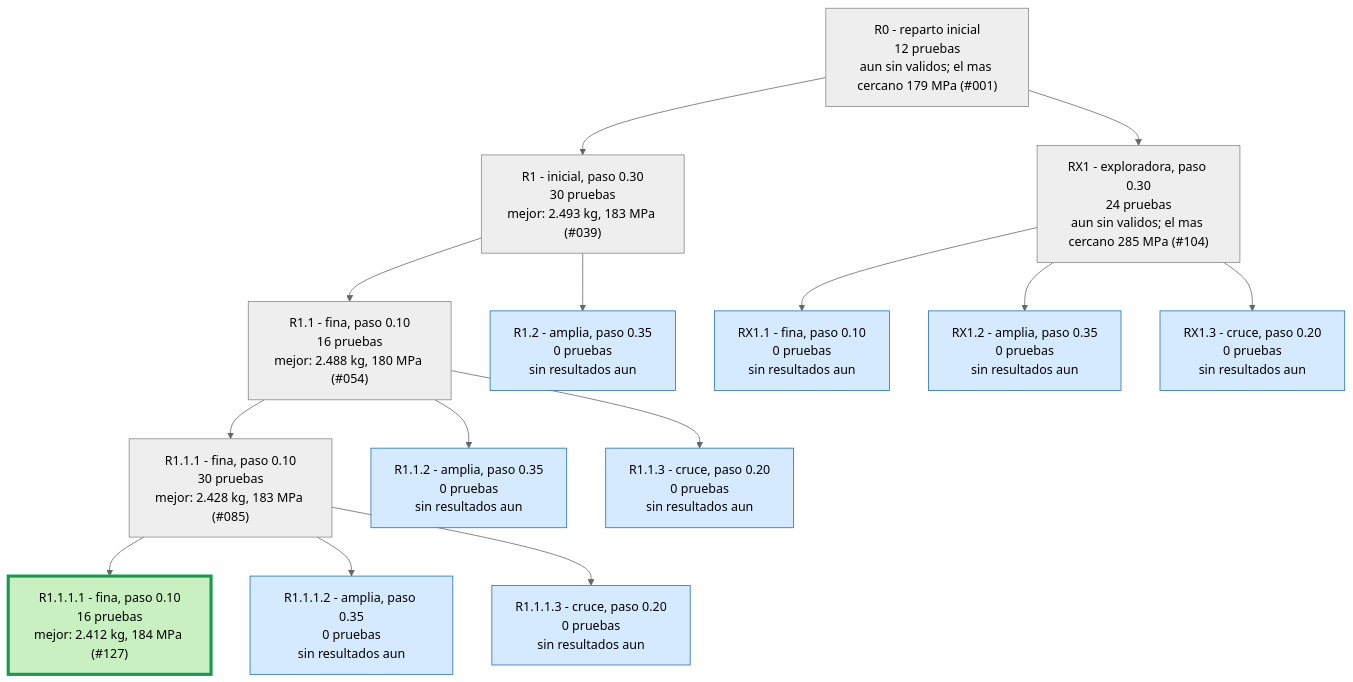
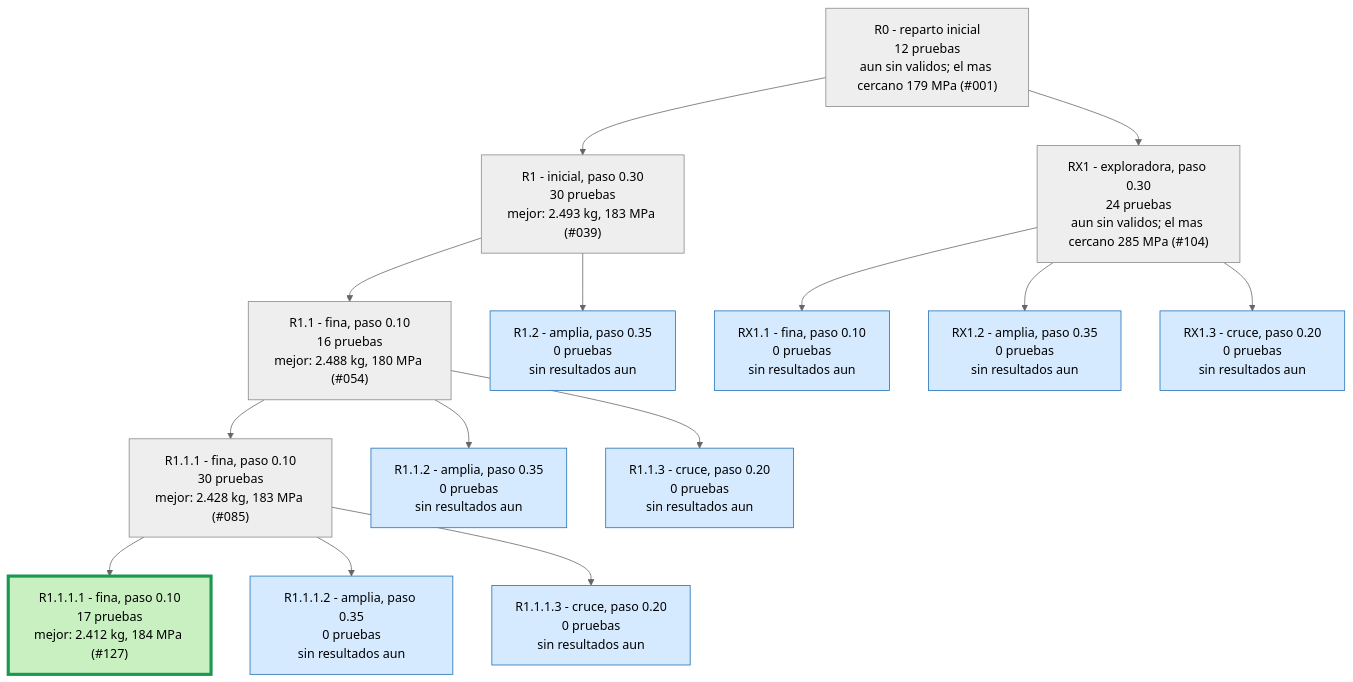
One commit to Hugiko/msd-soporte-optimizacion changed the second of 3 diagrams in runs/opt_37800N/ARBOL.md. Above: the diagram before and after it, drawn with Mermaid (neutral theme). The commit also changed 22 other files, not shown here.

````diff
--- a/runs/opt_37800N/ARBOL.md
+++ b/runs/opt_37800N/ARBOL.md
@@ -29,33 +29,33 @@
 ```mermaid
 graph TD
 classDef activa fill:#d6eaff,stroke:#1f6fb5,color:#000
 classDef fin fill:#eeeeee,stroke:#888,color:#000
 classDef mejor fill:#c8f0c0,stroke:#1a9850,stroke-width:4px,color:#000
 R0["R0 - reparto inicial<br/>12 pruebas<br/>aun sin validos; el mas cercano 179 MPa (#001)"]:::fin
 R1["R1 - inicial, paso 0.30<br/>30 pruebas<br/>mejor: 2.493 kg, 183 MPa (#039)"]:::fin
 R0 --> R1
 R1_1["R1.1 - fina, paso 0.10<br/>16 pruebas<br/>mejor: 2.488 kg, 180 MPa (#054)"]:::fin
 R1 --> R1_1
 R1_2["R1.2 - amplia, paso 0.35<br/>0 pruebas<br/>sin resultados aun"]:::activa
 R1 --> R1_2
 R1_1_1["R1.1.1 - fina, paso 0.10<br/>30 pruebas<br/>mejor: 2.428 kg, 183 MPa (#085)"]:::fin
 R1_1 --> R1_1_1
 R1_1_2["R1.1.2 - amplia, paso 0.35<br/>0 pruebas<br/>sin resultados aun"]:::activa
 R1_1 --> R1_1_2
 R1_1_3["R1.1.3 - cruce, paso 0.20<br/>0 pruebas<br/>sin resultados aun"]:::activa
 R1_1 --> R1_1_3
-R1_1_1_1["R1.1.1.1 - fina, paso 0.10<br/>16 pruebas<br/>mejor: 2.412 kg, 184 MPa (#127)"]:::mejor
+R1_1_1_1["R1.1.1.1 - fina, paso 0.10<br/>17 pruebas<br/>mejor: 2.412 kg, 184 MPa (#127)"]:::mejor
 R1_1_1 --> R1_1_1_1
 R1_1_1_2["R1.1.1.2 - amplia, paso 0.35<br/>0 pruebas<br/>sin resultados aun"]:::activa
 R1_1_1 --> R1_1_1_2
 R1_1_1_3["R1.1.1.3 - cruce, paso 0.20<br/>0 pruebas<br/>sin resultados aun"]:::activa
 R1_1_1 --> R1_1_1_3
 RX1["RX1 - exploradora, paso 0.30<br/>24 pruebas<br/>aun sin validos; el mas cercano 285 MPa (#104)"]:::fin
 R0 --> RX1
 RX1_1["RX1.1 - fina, paso 0.10<br/>0 pruebas<br/>sin resultados aun"]:::activa
 RX1 --> RX1_1
 RX1_2["RX1.2 - amplia, paso 0.35<br/>0 pruebas<br/>sin resultados aun"]:::activa
 RX1 --> RX1_2
 RX1_3["RX1.3 - cruce, paso 0.20<br/>0 pruebas<br/>sin resultados aun"]:::activa
 RX1 --> RX1_3
 ```
````
